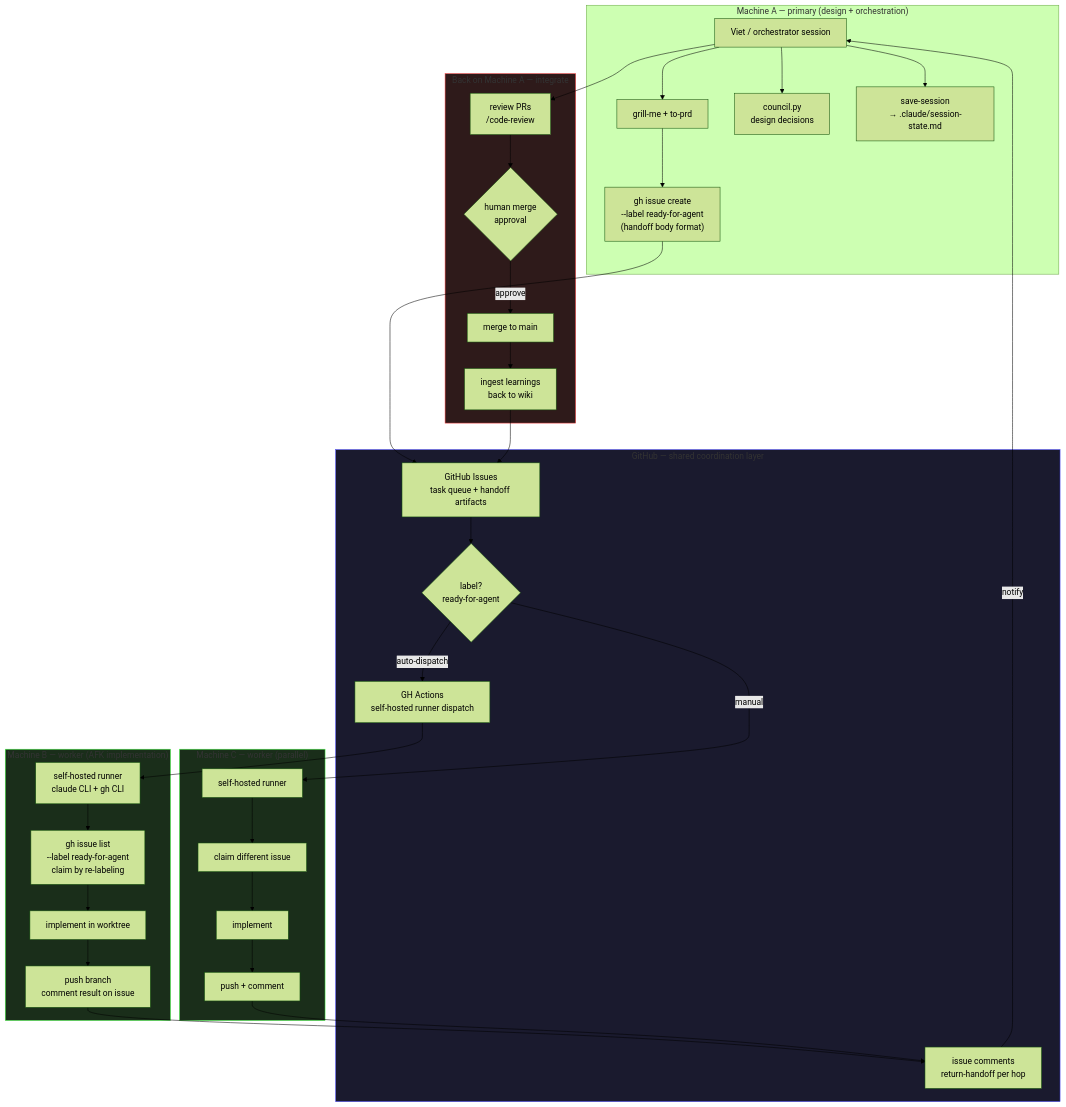
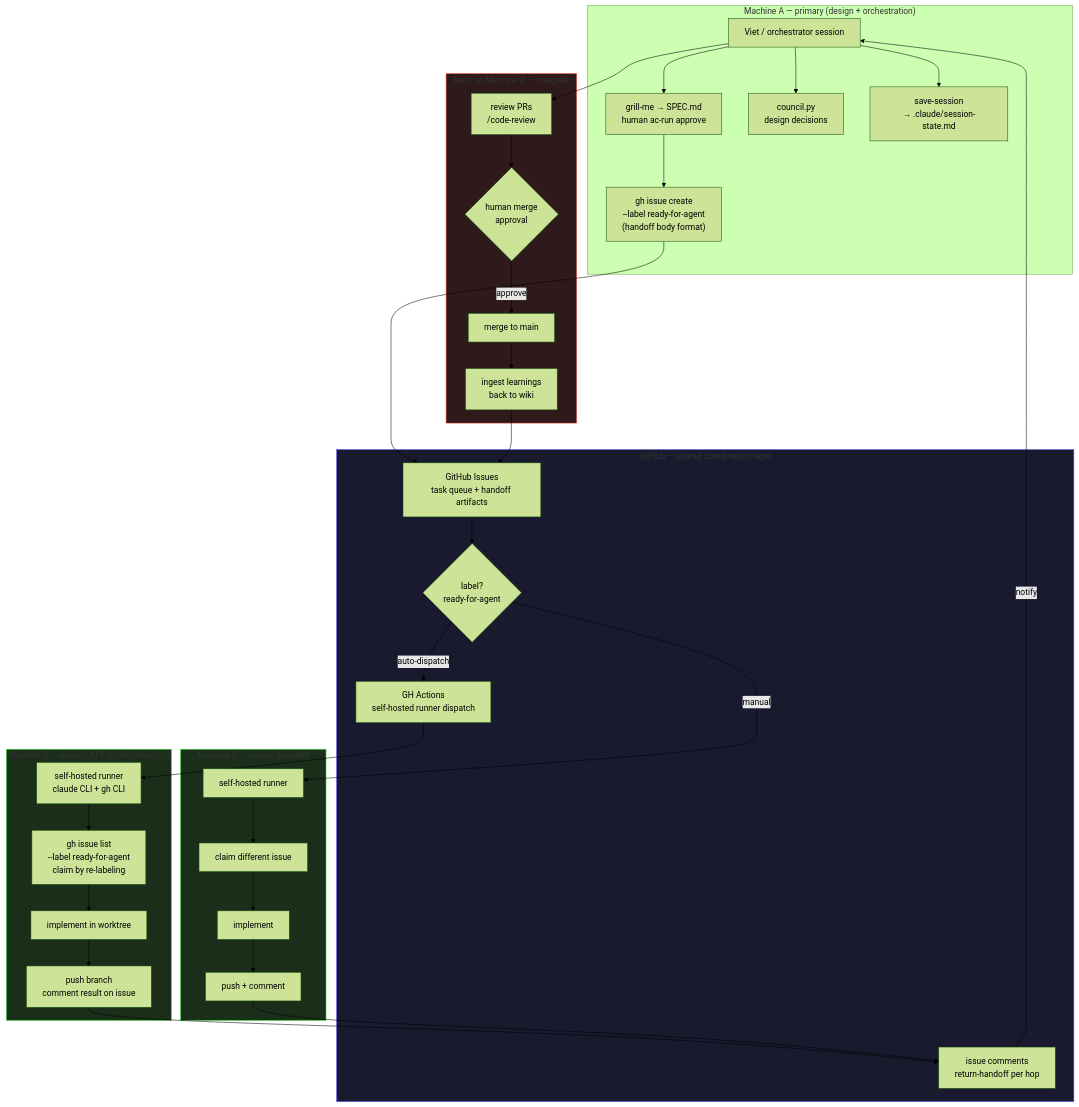
The fourth of 4 diagrams in docs-site/guides/workflows.mdx (vietbui1999ru/llm-wiki), drawn with Mermaid (forest theme) before and after one commit. The commit also changed other lines of this file and 11 other files, not shown here.

````diff
--- a/docs-site/guides/workflows.mdx
+++ b/docs-site/guides/workflows.mdx
@@ -150,58 +233,58 @@
 ```mermaid
 flowchart TD
     subgraph M1["Machine A — primary (design + orchestration)"]
         VIET_A[Viet / orchestrator session]
-        GRILL_A["grill-me + to-prd"]
+        GRILL_A["grill-me → SPEC.md<br>human ac-run approve"]
         ISSUE_CREATE["gh issue create<br>--label ready-for-agent<br>(handoff body format)"]
         COUNCIL_A["council.py<br>design decisions"]
         SESSION_A["save-session<br>→ .claude/session-state.md"]
     end
 
     subgraph GH["GitHub — shared coordination layer"]
         ISSUES_DB["GitHub Issues<br>task queue + handoff artifacts"]
         LABEL_GATE{"label?<br>ready-for-agent"}
         ACTIONS["GH Actions<br>self-hosted runner dispatch"]
         COMMENTS["issue comments<br>return-handoff per hop"]
     end
 
     subgraph M2["Machine B — worker (AFK implementation)"]
         RUNNER["self-hosted runner<br>claude CLI + gh CLI"]
         CLAIM_GH["gh issue list<br>--label ready-for-agent<br>claim by re-labeling"]
         IMPL_B[implement in worktree]
         PUSH_B["push branch<br>comment result on issue"]
     end
 
     subgraph M3["Machine C — worker (parallel)"]
         RUNNER_C[self-hosted runner]
         CLAIM_C[claim different issue]
         IMPL_C[implement]
         PUSH_C[push + comment]
     end
 
     subgraph MERGE_FLOW["Back on Machine A — integrate"]
         PR_REVIEW["review PRs<br>/code-review"]
         HUMAN_GATE{"human merge<br>approval"}
         SHIP[merge to main]
         WIKI_UPDATE["ingest learnings<br>back to wiki"]
     end
 
     VIET_A --> GRILL_A --> ISSUE_CREATE --> ISSUES_DB
     VIET_A --> COUNCIL_A
     VIET_A --> SESSION_A
 
     ISSUES_DB --> LABEL_GATE
     LABEL_GATE -->|auto-dispatch| ACTIONS --> RUNNER
     LABEL_GATE -->|manual| RUNNER_C
 
     RUNNER --> CLAIM_GH --> IMPL_B --> PUSH_B --> COMMENTS
     RUNNER_C --> CLAIM_C --> IMPL_C --> PUSH_C --> COMMENTS
 
     COMMENTS -->|notify| VIET_A
     VIET_A --> PR_REVIEW --> HUMAN_GATE -->|approve| SHIP
     SHIP --> WIKI_UPDATE --> ISSUES_DB
 
     style GH fill:#1a1a2e,stroke:#4a4aff
     style M2 fill:#1a2e1a,stroke:#4aff4a
     style M3 fill:#1a2e1a,stroke:#4aff4a
     style MERGE_FLOW fill:#2e1a1a,stroke:#ff4a4a
 ```
````
